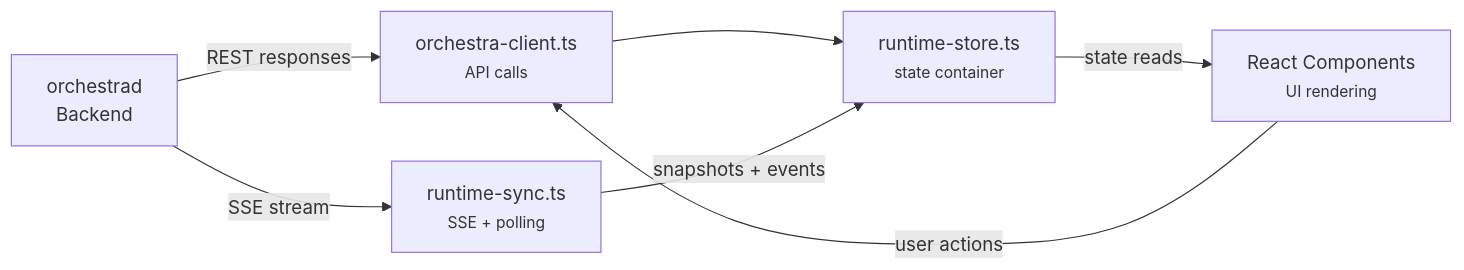
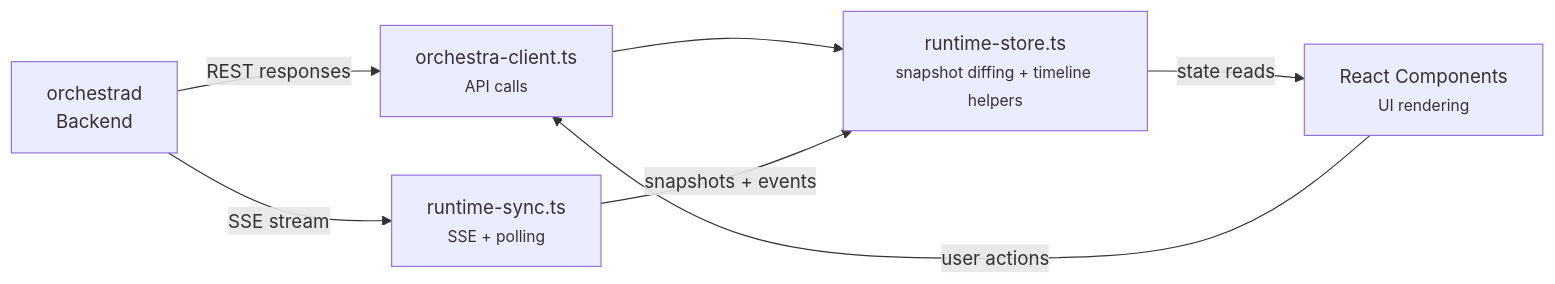
Before and after one commit to bradAGI/Orchestra: the second of 3 diagrams in docs/architecture/desktop.md, drawn with Mermaid. The commit also changed other lines of this file and 18 other files, not shown here.

````diff
--- a/docs/architecture/desktop.md
+++ b/docs/architecture/desktop.md
@@ -82,15 +79,15 @@
 ```mermaid
 flowchart LR
     BACKEND["orchestrad<br/>Backend"]
     CLIENT["orchestra-client.ts<br/><small>API calls</small>"]
     SYNC["runtime-sync.ts<br/><small>SSE + polling</small>"]
-    STORE["runtime-store.ts<br/><small>state container</small>"]
+    STORE["runtime-store.ts<br/><small>snapshot diffing + timeline helpers</small>"]
     COMPONENTS["React Components<br/><small>UI rendering</small>"]
 
     BACKEND -- "REST responses" --> CLIENT
     BACKEND -- "SSE stream" --> SYNC
     CLIENT --> STORE
     SYNC -- "snapshots + events" --> STORE
     STORE -- "state reads" --> COMPONENTS
     COMPONENTS -- "user actions" --> CLIENT
 ```
````
